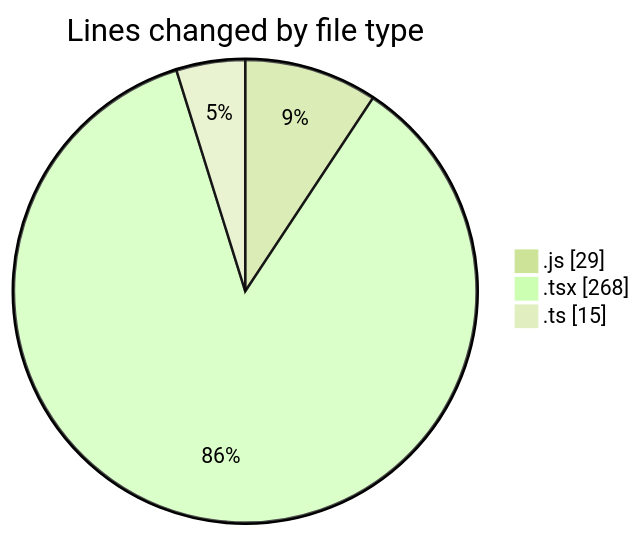
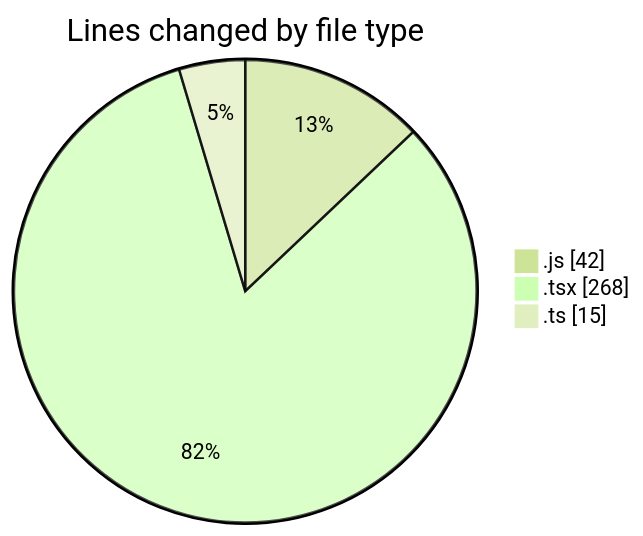
One commit to Ritupan-Deka/code-tracking changed the first of 2 diagrams in 2025-05-22/___base/README.md. Above: the diagram before and after it, drawn with Mermaid (forest theme). The commit also changed other lines of this file and 1 other file, not shown here.

````diff
--- a/2025-05-22/___base/README.md
+++ b/2025-05-22/___base/README.md
@@ -23,7 +24,7 @@
 ```mermaid
 pie showData
 title Lines changed by file type
-".js" : 29
+".js" : 42
 ".tsx" : 268
 ".ts" : 15
 ```
````
